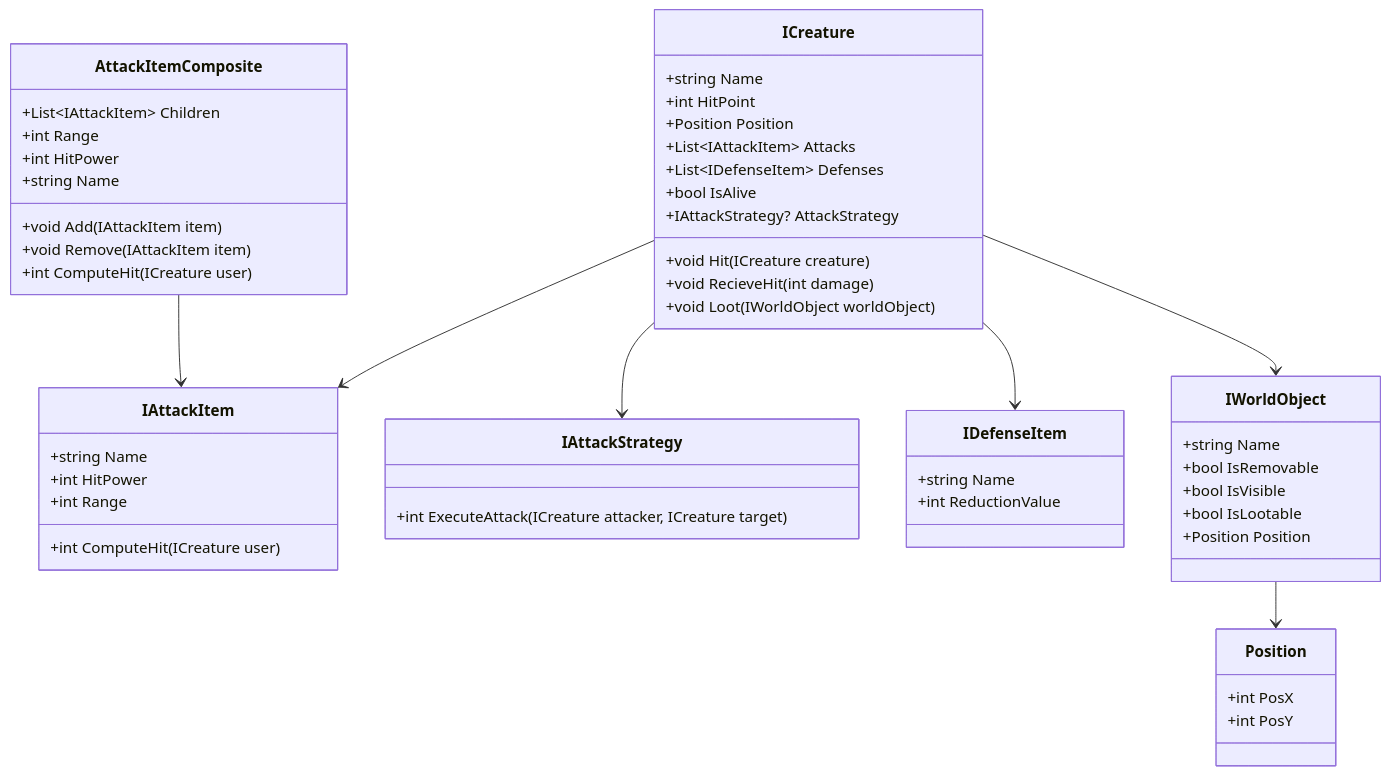
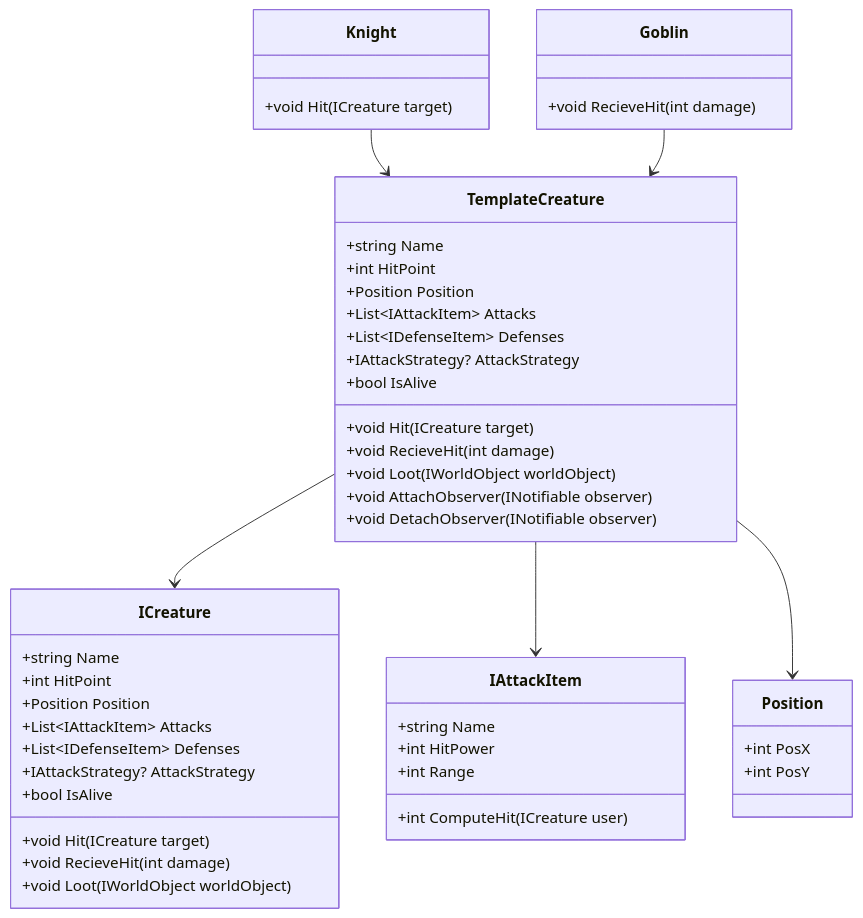
The first of 5 diagrams in README.md (Cal-ly/SimpleGameFramework), drawn with Mermaid before and after one commit. The commit also changed other lines of this file, not shown here.

````diff
--- a/README.md
+++ b/README.md
@@ -7,62 +29,59 @@
 ```mermaid
 classDiagram
-    class IAttackItem {
+    class TemplateCreature {
         +string Name
-        +int HitPower
-        +int Range
-        +int ComputeHit(ICreature user)
+        +int HitPoint
+        +Position Position
+        +List~IAttackItem~ Attacks
+        +List~IDefenseItem~ Defenses
+        +IAttackStrategy? AttackStrategy
+        +bool IsAlive
+        +void Hit(ICreature target)
+        +void RecieveHit(int damage)
+        +void Loot(IWorldObject worldObject)
+        +void AttachObserver(INotifiable observer)
+        +void DetachObserver(INotifiable observer)
     }
 
-    class IAttackStrategy {
-        +int ExecuteAttack(ICreature attacker, ICreature target)
+    class Knight {
+        +void Hit(ICreature target)
     }
 
-    class AttackItemComposite {
-        +List~IAttackItem~ Children
-        +void Add(IAttackItem item)
-        +void Remove(IAttackItem item)
-        +int ComputeHit(ICreature user)
-        +int Range
-        +int HitPower
-        +string Name
+    class Goblin {
+        +void RecieveHit(int damage)
     }
 
     class ICreature {
         +string Name
         +int HitPoint
         +Position Position
         +List~IAttackItem~ Attacks
         +List~IDefenseItem~ Defenses
+        +IAttackStrategy? AttackStrategy
         +bool IsAlive
-        +IAttackStrategy? AttackStrategy
-        +void Hit(ICreature creature)
+        +void Hit(ICreature target)
         +void RecieveHit(int damage)
         +void Loot(IWorldObject worldObject)
     }
 
-    class IDefenseItem {
+    class IAttackItem {
         +string Name
-        +int ReductionValue
-    }
-
-    class IWorldObject {
-        +string Name
-        +bool IsRemovable
-        +bool IsVisible
-        +bool IsLootable
-        +Position Position
+        +int HitPower
+        +int Range
+        +int ComputeHit(ICreature user)
     }
 
     class Position {
         +int PosX
         +int PosY
     }
 
     %% Relationships
-    AttackItemComposite --> IAttackItem
-    ICreature --> IAttackItem
-    ICreature --> IDefenseItem
-    ICreature --> IAttackStrategy
-    ICreature --> IWorldObject
-    IWorldObject --> Position
+    TemplateCreature --> ICreature
+    Knight --> TemplateCreature
+    Goblin --> TemplateCreature
+    TemplateCreature --> IAttackItem
+    TemplateCreature --> Position
+
+
 ```
````
